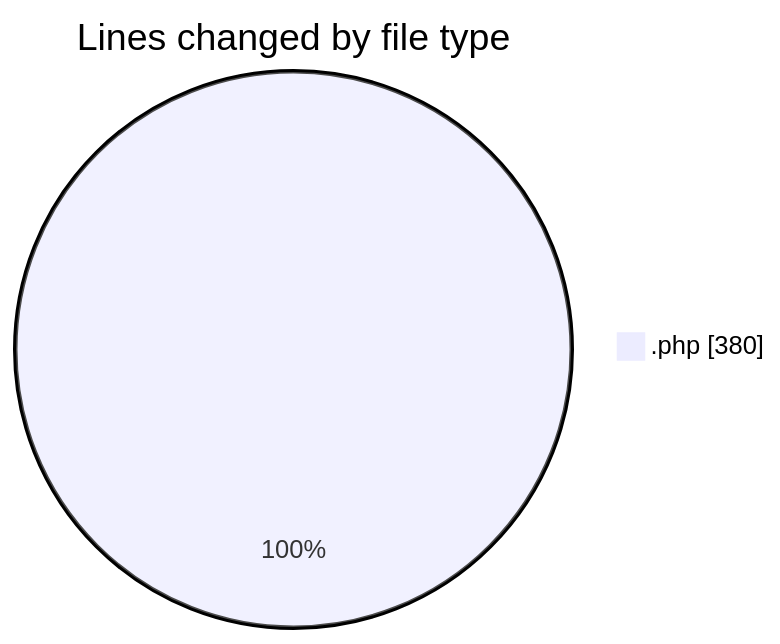
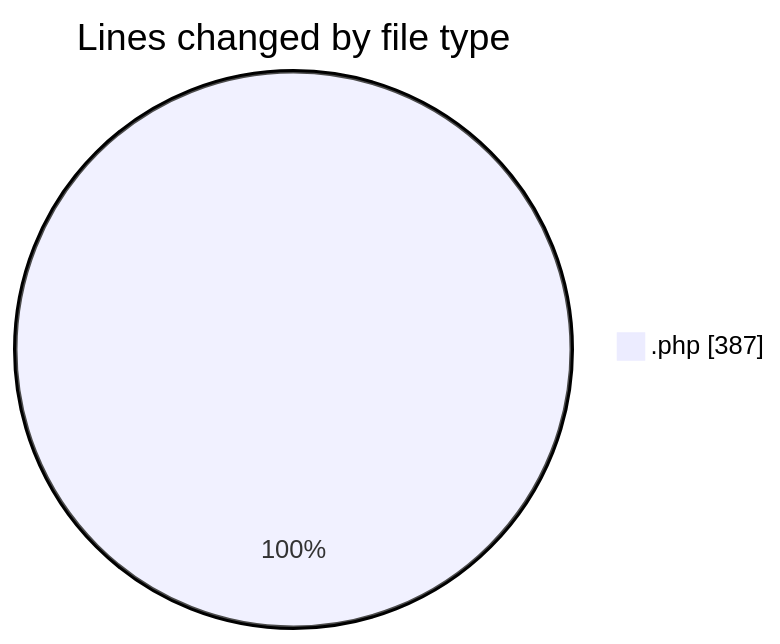
Before and after one commit to LanceThiago/code-tracking: the first of 2 diagrams in 2025-01-22/oficina/README.md, drawn with Mermaid. The commit also changed other lines of this file and 1 other file, not shown here.

````diff
--- a/2025-01-22/oficina/README.md
+++ b/2025-01-22/oficina/README.md
@@ -21,5 +21,5 @@
 ```mermaid
 pie showData
 title Lines changed by file type
-".php" : 380
+".php" : 387
 ```
````
